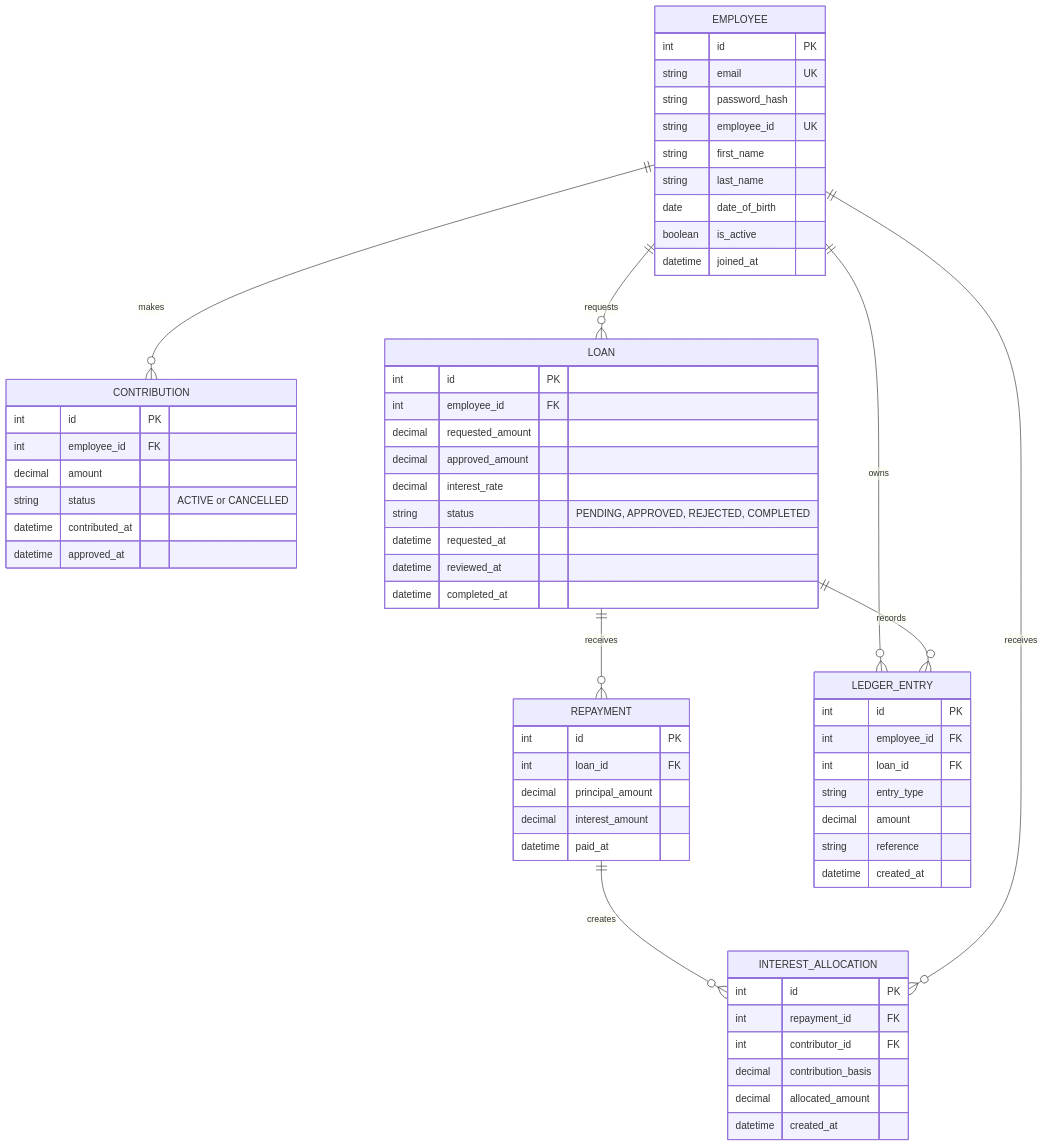
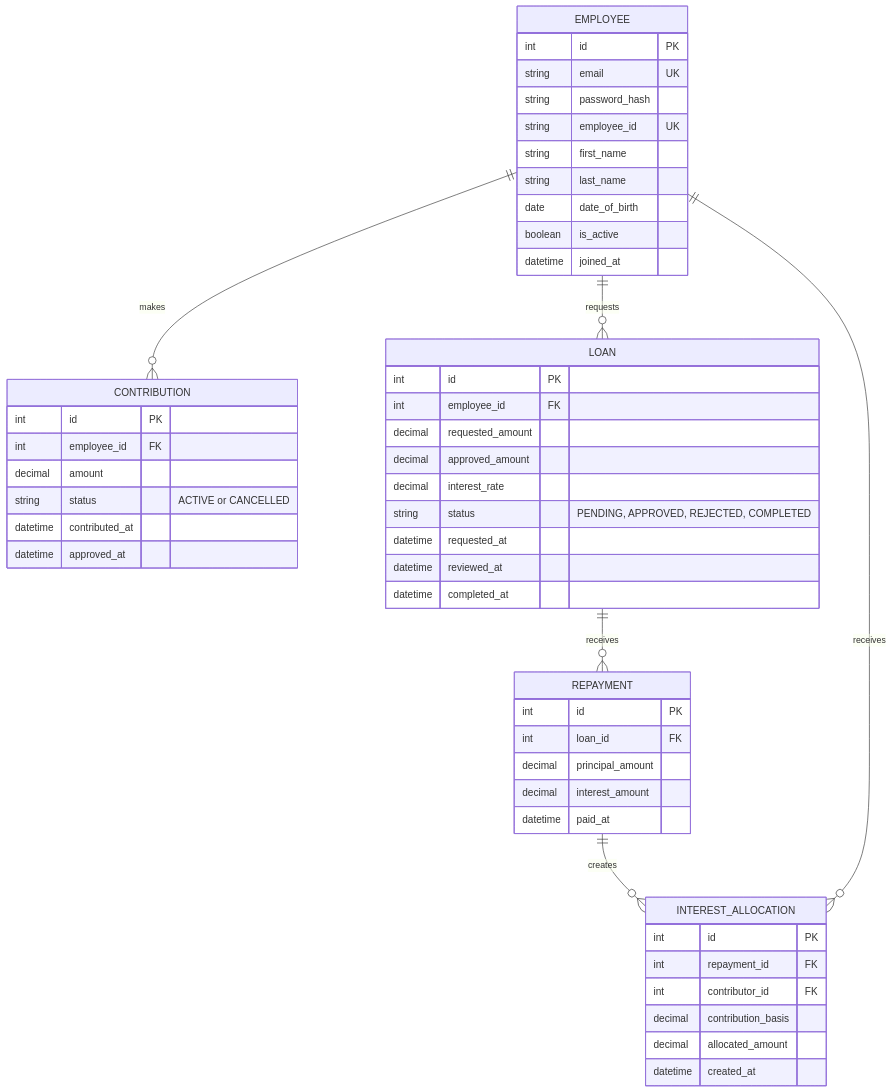
One commit to Gowthamraj-Bommannan/lending_system changed the diagram in docs/PROJECT_DOCUMENTATION.md. Above: the diagram before and after it, drawn with Mermaid. The commit also changed other lines of this file and 20 other files, not shown here.

Commit message:
Added ledger entry app

````diff
--- a/docs/PROJECT_DOCUMENTATION.md
+++ b/docs/PROJECT_DOCUMENTATION.md
@@ -333,70 +347,59 @@
 ```mermaid
 erDiagram
     EMPLOYEE ||--o{ CONTRIBUTION : makes
     EMPLOYEE ||--o{ LOAN : requests
     LOAN ||--o{ REPAYMENT : receives
     REPAYMENT ||--o{ INTEREST_ALLOCATION : creates
     EMPLOYEE ||--o{ INTEREST_ALLOCATION : receives
-    EMPLOYEE ||--o{ LEDGER_ENTRY : owns
-    LOAN ||--o{ LEDGER_ENTRY : records
 
     EMPLOYEE {
         int id PK
         string email UK
         string password_hash
         string employee_id UK
         string first_name
         string last_name
         date date_of_birth
         boolean is_active
         datetime joined_at
     }
 
     CONTRIBUTION {
         int id PK
         int employee_id FK
         decimal amount
         string status "ACTIVE or CANCELLED"
         datetime contributed_at
         datetime approved_at
     }
 
     LOAN {
         int id PK
         int employee_id FK
         decimal requested_amount
         decimal approved_amount
         decimal interest_rate
         string status "PENDING, APPROVED, REJECTED, COMPLETED"
         datetime requested_at
         datetime reviewed_at
         datetime completed_at
     }
 
     REPAYMENT {
         int id PK
         int loan_id FK
         decimal principal_amount
         decimal interest_amount
         datetime paid_at
     }
 
     INTEREST_ALLOCATION {
         int id PK
         int repayment_id FK
         int contributor_id FK
         decimal contribution_basis
         decimal allocated_amount
         datetime created_at
     }
 
-    LEDGER_ENTRY {
-        int id PK
-        int employee_id FK
-        int loan_id FK
-        string entry_type
-        decimal amount
-        string reference
-        datetime created_at
-    }
 ```
````
